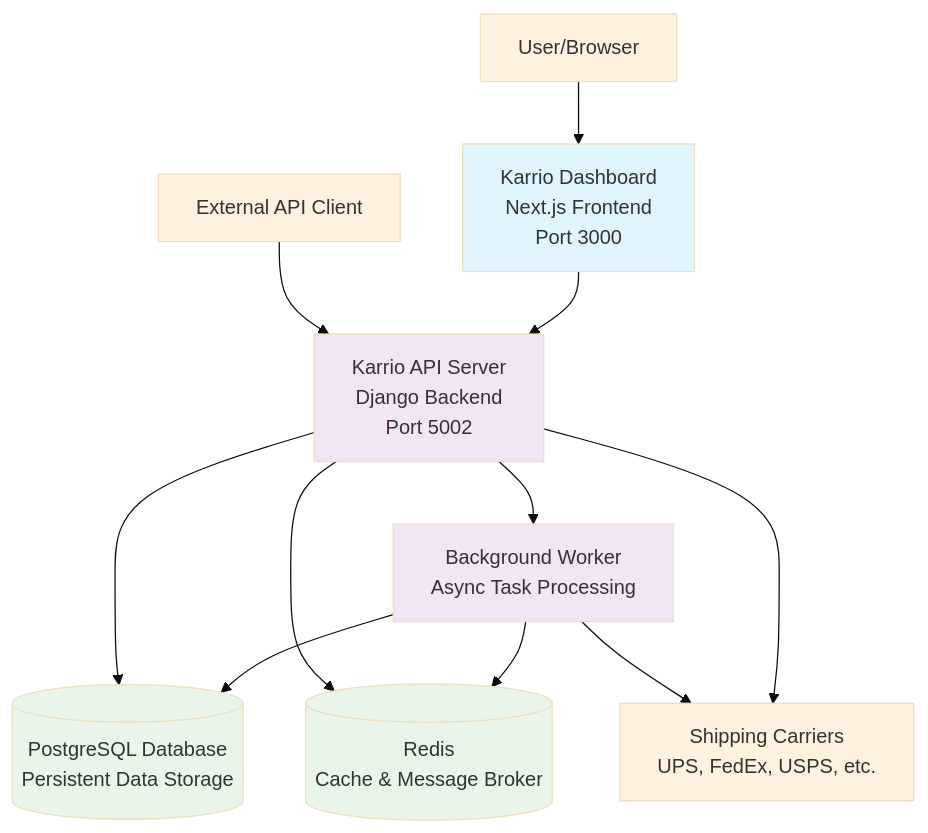
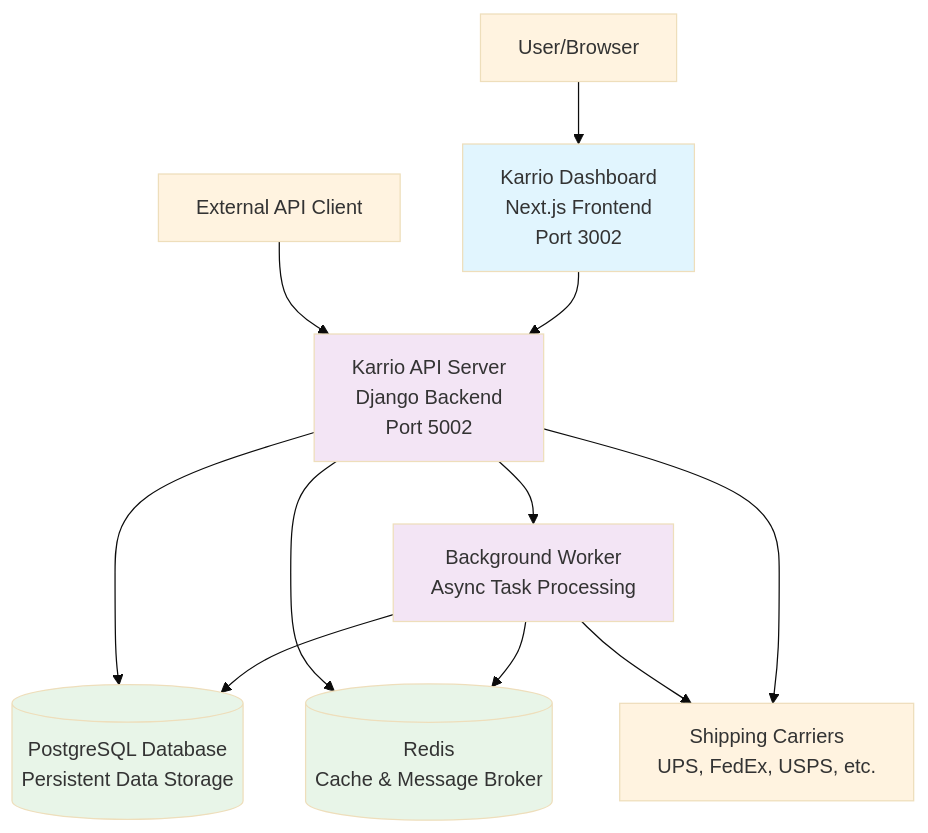
The first of 2 diagrams in apps/web/src/app/docs/self-hosting/page.mdx (karrioapi/karrio), drawn with Mermaid (base theme) before and after one commit. The commit also changed other lines of this file and 70 other files, not shown here.

````diff
--- a/apps/web/src/app/docs/self-hosting/page.mdx
+++ b/apps/web/src/app/docs/self-hosting/page.mdx
@@ -23,43 +23,43 @@
 ```mermaid
 graph TB
     %% External
     User[User/Browser]
     API_Client[External API Client]
 
     %% Frontend
-    Dashboard[Karrio Dashboard<br/>Next.js Frontend<br/>Port 3000]
+    Dashboard[Karrio Dashboard<br/>Next.js Frontend<br/>Port 3002]
 
     %% Backend Services
     API[Karrio API Server<br/>Django Backend<br/>Port 5002]
     Worker[Background Worker<br/>Async Task Processing]
 
     %% Data Layer
     DB[(PostgreSQL Database<br/>Persistent Data Storage)]
     Redis[(Redis<br/>Cache & Message Broker)]
 
     %% External Services
     Carriers[Shipping Carriers<br/>UPS, FedEx, USPS, etc.]
 
     %% Connections
     User --> Dashboard
     API_Client --> API
     Dashboard --> API
     API --> DB
     API --> Redis
     API --> Worker
     Worker --> DB
     Worker --> Redis
     Worker --> Carriers
     API --> Carriers
 
     %% Styling
     classDef frontend fill:#e1f5fe
     classDef backend fill:#f3e5f5
     classDef data fill:#e8f5e8
     classDef external fill:#fff3e0
 
     class Dashboard frontend
     class API,Worker backend
     class DB,Redis data
     class User,API_Client,Carriers external
 ```
````
